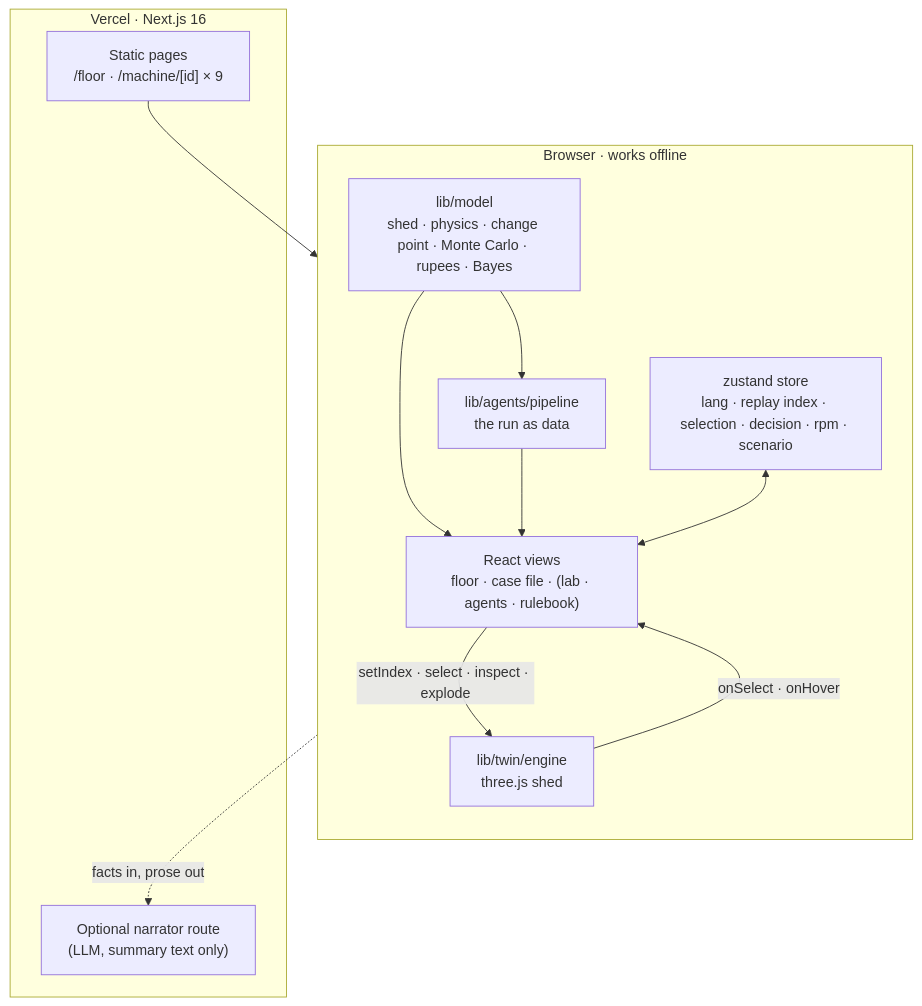
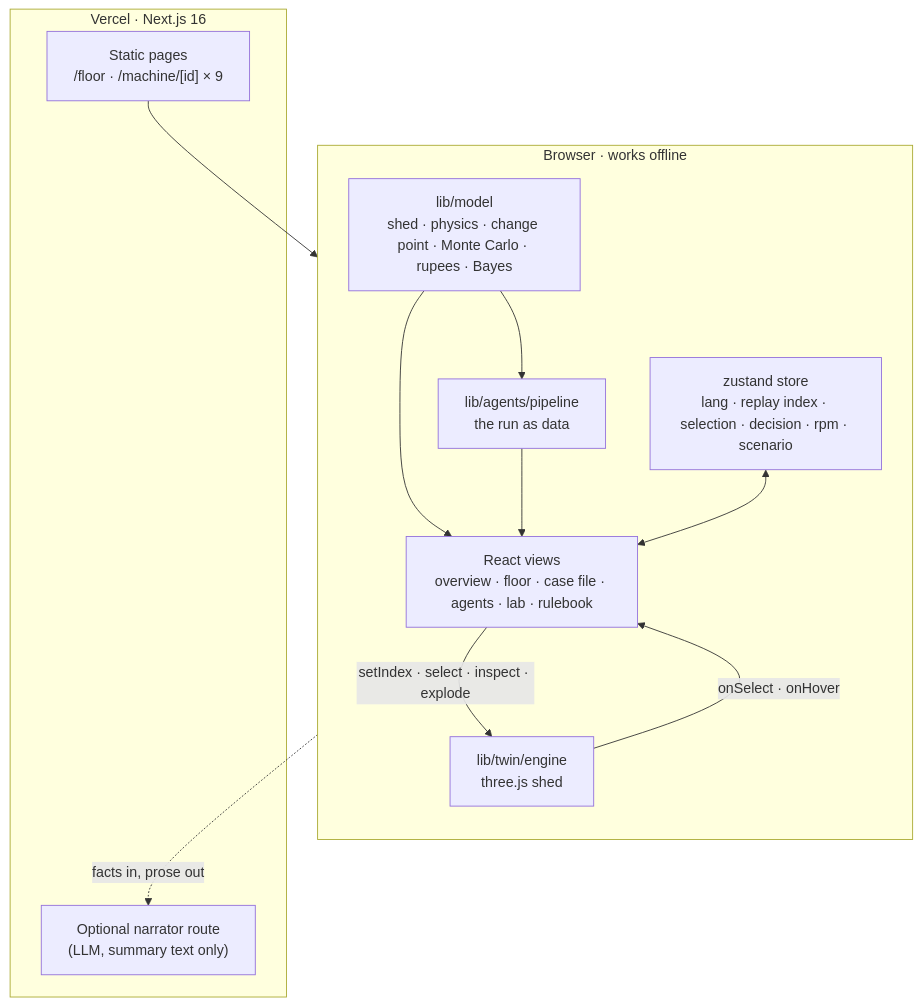
Before and after one commit to vizsh/Naadi: the first of 3 diagrams in docs/02-architecture.md, drawn with Mermaid. The commit also changed other lines of this file and 37 other files, not shown here.

````diff
--- a/docs/02-architecture.md
+++ b/docs/02-architecture.md
@@ -17,22 +17,22 @@
 ```mermaid
 flowchart TB
   subgraph Browser["Browser · works offline"]
     direction TB
     M["lib/model<br/>shed · physics · change point · Monte Carlo · rupees · Bayes"]
     S["zustand store<br/>lang · replay index · selection · decision · rpm · scenario"]
     A["lib/agents/pipeline<br/>the run as data"]
     E["lib/twin/engine<br/>three.js shed"]
-    V["React views<br/>floor · case file · (lab · agents · rulebook)"]
+    V["React views<br/>overview · floor · case file · agents · lab · rulebook"]
     M --> V
     M --> A --> V
     S <--> V
     V -- "setIndex · select · inspect · explode" --> E
     E -- "onSelect · onHover" --> V
   end
   subgraph Vercel["Vercel · Next.js 16"]
     R["Static pages<br/>/floor · /machine/[id] × 9"]
     N["Optional narrator route<br/>(LLM, summary text only)"]
   end
   R --> V
   V -. "facts in, prose out" .-> N
 ```
````
